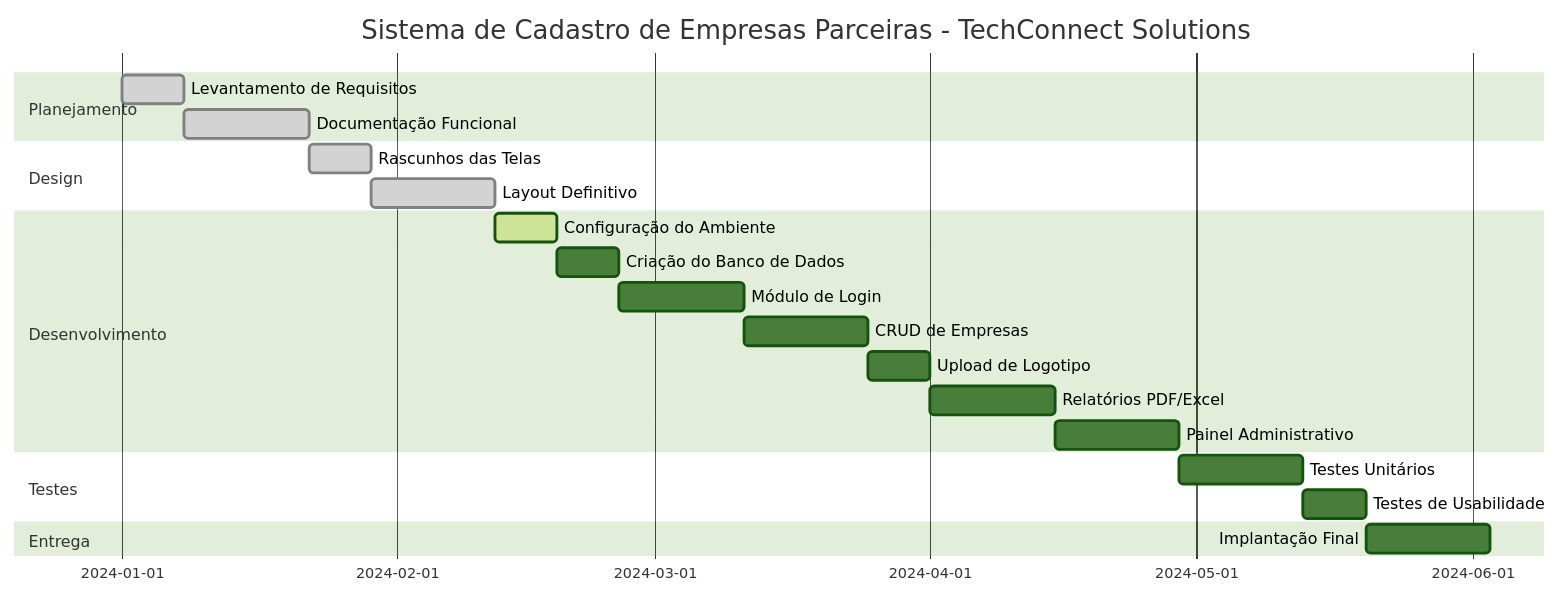
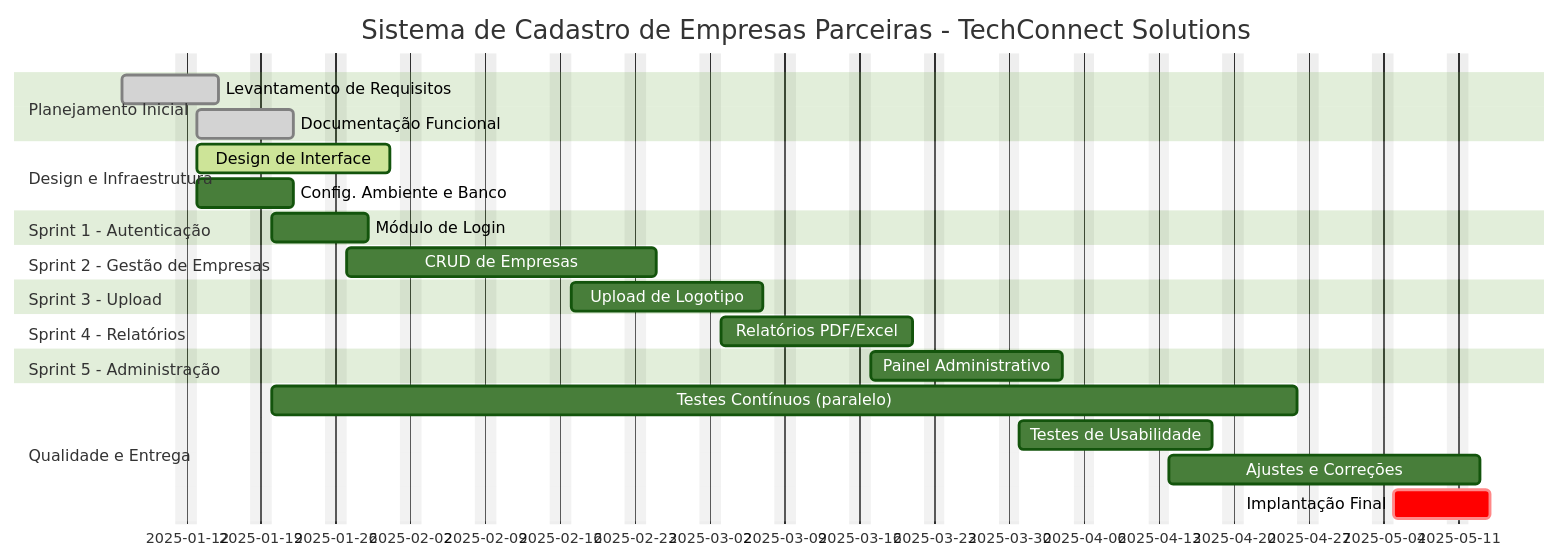
One commit to 1filipeolv/gantt-crystal changed the diagram in README.md. Above: the diagram before and after it, drawn with Mermaid (forest theme).

````diff
--- a/README.md
+++ b/README.md
@@ -1,29 +1,35 @@
  ```mermaid
 gantt
     title Sistema de Cadastro de Empresas Parceiras - TechConnect Solutions
     dateFormat YYYY-MM-DD
+    excludes weekends
     
-    section Planejamento
-    Levantamento de Requisitos    :done, a1, 2024-01-01, 1w
-    Documentação Funcional         :done, a2, after a1, 2w
+    section Planejamento Inicial
+    Levantamento de Requisitos     :done, req, 2025-01-06, 7d
+    Documentação Funcional          :done, doc, 2025-01-13, 7d
     
-    section Design
-    Rascunhos das Telas            :done, a3, after a2, 1w
-    Layout Definitivo              :done, a4, after a3, 2w
+    section Design e Infraestrutura
+    Design de Interface             :active, ui, 2025-01-13, 14d
+    Config. Ambiente e Banco        :config, 2025-01-13, 7d
     
-    section Desenvolvimento
-    Configuração do Ambiente       :active, a5, after a4, 1w
-    Criação do Banco de Dados      :a6, after a5, 1w
-    Módulo de Login                :a7, after a6, 2w
-    CRUD de Empresas               :a8, after a7, 2w
-    Upload de Logotipo             :a9, after a8, 1w
-    Relatórios PDF/Excel           :a10, after a9, 2w
-    Painel Administrativo          :a11, after a10, 2w
+    section Sprint 1 - Autenticação
+    Módulo de Login                 :login, 2025-01-20, 7d
     
-    section Testes
-    Testes Unitários               :a12, after a11, 2w
-    Testes de Usabilidade          :a13, after a12, 1w
+    section Sprint 2 - Gestão de Empresas
+    CRUD de Empresas                :crud, 2025-01-27, 21d
     
-    section Entrega
-    Implantação Final              :a14, after a13, 2w
+    section Sprint 3 - Upload
+    Upload de Logotipo              :upload, 2025-02-17, 14d
+    
+    section Sprint 4 - Relatórios
+    Relatórios PDF/Excel            :relat, 2025-03-03, 14d
+    
+    section Sprint 5 - Administração
+    Painel Administrativo           :painel, 2025-03-17, 14d
+    
+    section Qualidade e Entrega
+    Testes Contínuos (paralelo)     :testes, 2025-01-20, 70d
+    Testes de Usabilidade           :usab, 2025-03-31, 14d
+    Ajustes e Correções             :ajustes, 2025-04-14, 21d
+    Implantação Final               :crit, deploy, 2025-05-05, 7d
 ```
````
